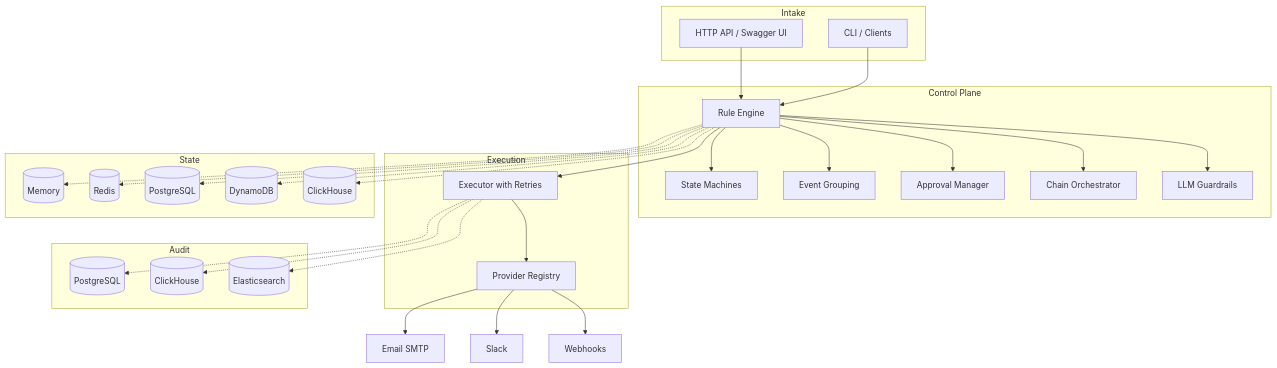
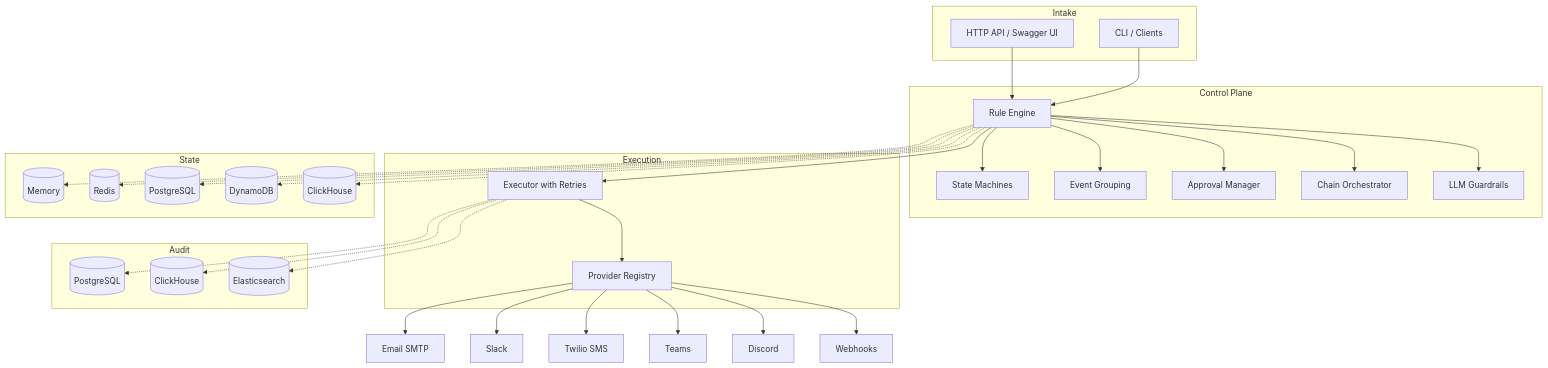
Before and after one commit to penserai/acteon: the second of 2 diagrams in docs/book/index.md, drawn with Mermaid. The commit also changed other lines of this file and 40 other files, not shown here.

First line of the commit message:
feat: add native providers for Twilio, Teams, and Discord (#23)

````diff
--- a/docs/book/index.md
+++ b/docs/book/index.md
@@ -196,50 +196,53 @@
 ```mermaid
 graph TB
     subgraph Intake
         API[HTTP API / Swagger UI]
         CLI[CLI / Clients]
     end
 
     subgraph Control Plane
         RE[Rule Engine]
         SM[State Machines]
         GRP[Event Grouping]
         APR[Approval Manager]
         CHN[Chain Orchestrator]
         LLM[LLM Guardrails]
     end
 
     subgraph Execution
         EX[Executor with Retries]
         PROV[Provider Registry]
     end
 
     subgraph State
         MEM[(Memory)]
         RED[(Redis)]
         PG[(PostgreSQL)]
         DDB[(DynamoDB)]
         CH[(ClickHouse)]
     end
 
     subgraph Audit
         AUD_PG[(PostgreSQL)]
         AUD_CH[(ClickHouse)]
         AUD_ES[(Elasticsearch)]
     end
 
     API --> RE
     CLI --> RE
     RE --> SM
     RE --> GRP
     RE --> APR
     RE --> CHN
     RE --> LLM
     RE --> EX
     EX --> PROV
     PROV --> Email[Email SMTP]
     PROV --> Slack[Slack]
+    PROV --> Twilio[Twilio SMS]
+    PROV --> Teams[Teams]
+    PROV --> Discord[Discord]
     PROV --> WH[Webhooks]
     RE -.-> MEM & RED & PG & DDB & CH
     EX -.-> AUD_PG & AUD_CH & AUD_ES
 ```
````
